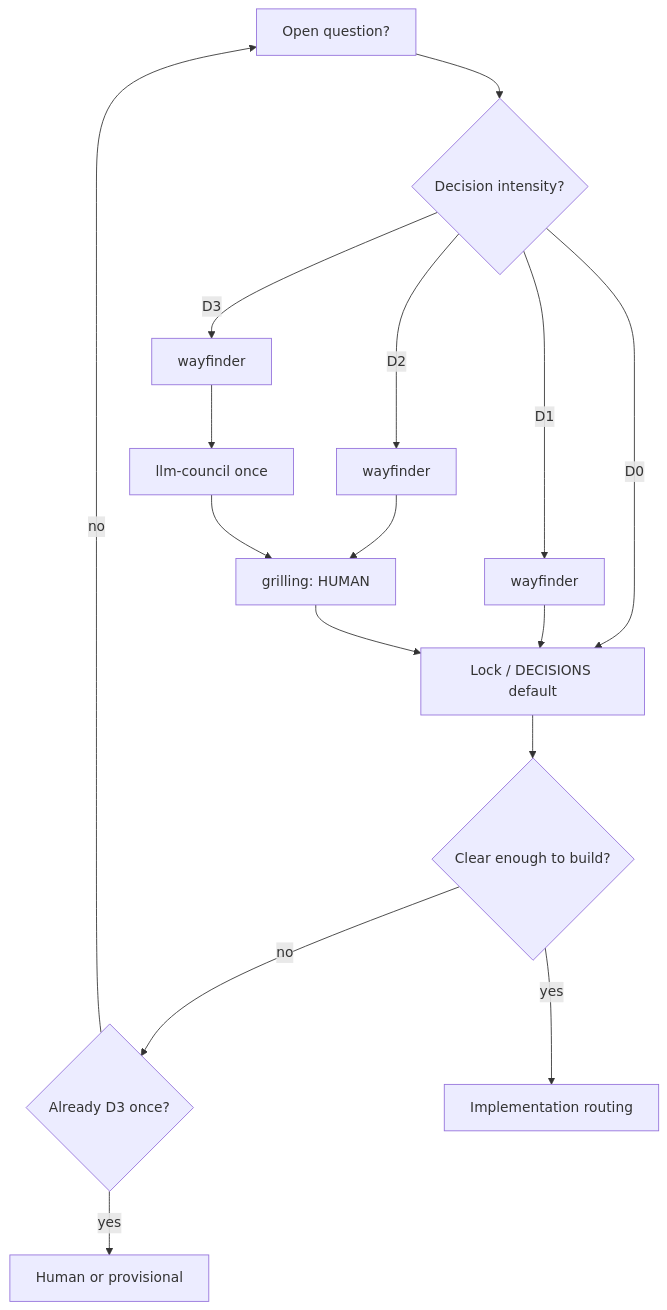
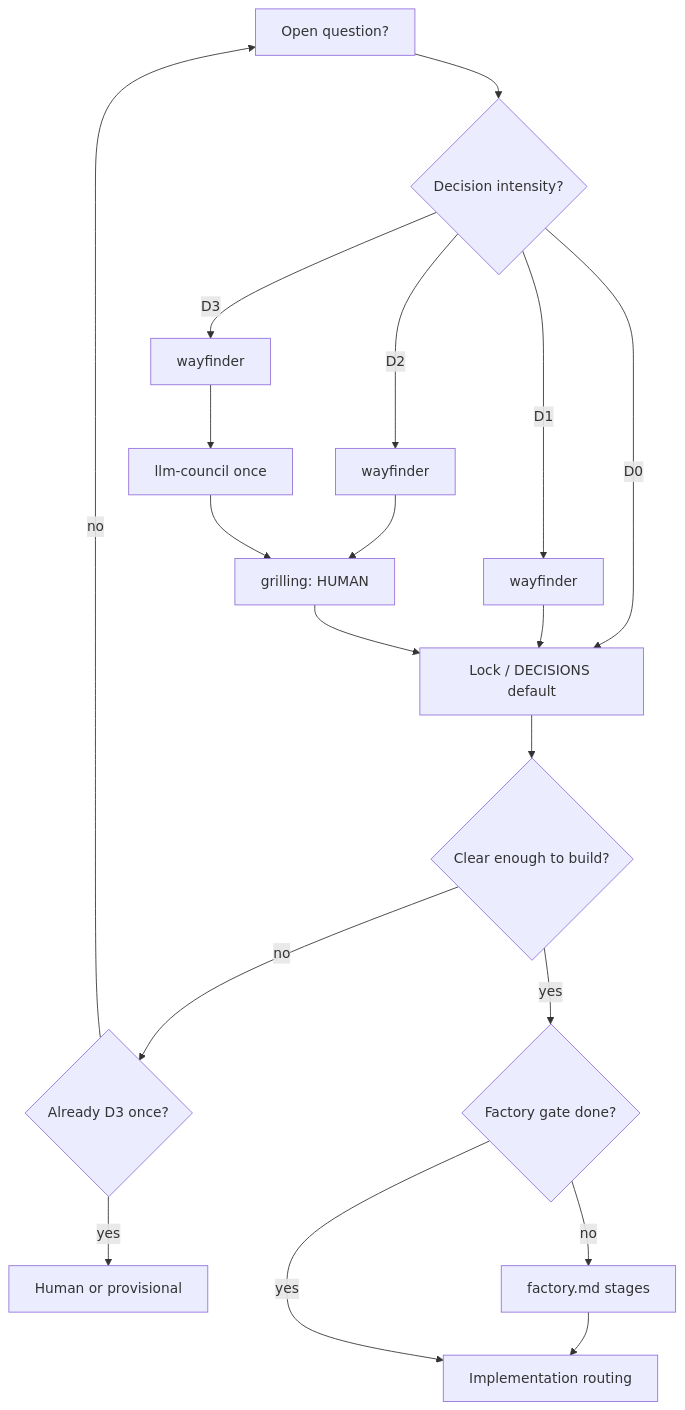
The first of 2 diagrams in agent-os/PLAYBOOK.md (vishwaksena-dingari/computer-use-automation), drawn with Mermaid before and after one commit. The commit also changed other lines of this file and 38 other files, not shown here.

````diff
--- a/agent-os/PLAYBOOK.md
+++ b/agent-os/PLAYBOOK.md
@@ -28,15 +77,18 @@
 ```mermaid
 flowchart TD
   Q[Open question?] --> Tier{Decision intensity?}
   Tier -->|D0| Lock[Lock / DECISIONS default]
   Tier -->|D1| W[wayfinder]
   Tier -->|D2| W2[wayfinder] --> G[grilling: HUMAN]
   Tier -->|D3| W3[wayfinder] --> C[llm-council once] --> G
   W --> Lock
   G --> Lock
   Lock --> Clear{Clear enough to build?}
   Clear -->|no| Over{Already D3 once?}
   Over -->|no| Q
   Over -->|yes| Stop[Human or provisional]
-  Clear -->|yes| Impl[Implementation routing]
+  Clear -->|yes| Desk{Factory gate done?}
+  Desk -->|no| Factory[factory.md stages]
+  Factory --> Impl[Implementation routing]
+  Desk -->|yes| Impl
 ```
````
